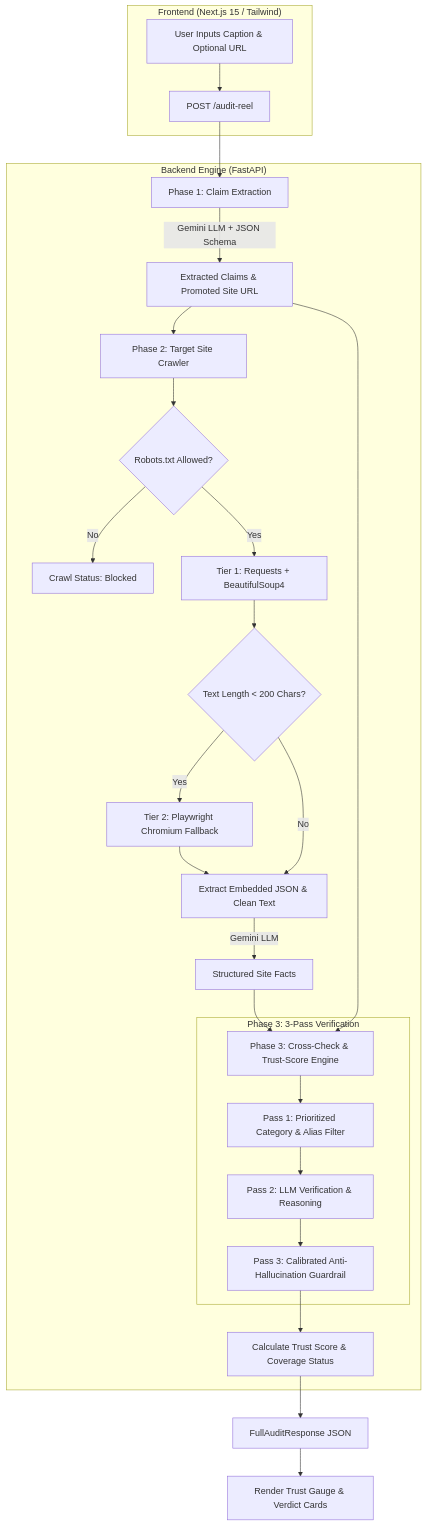
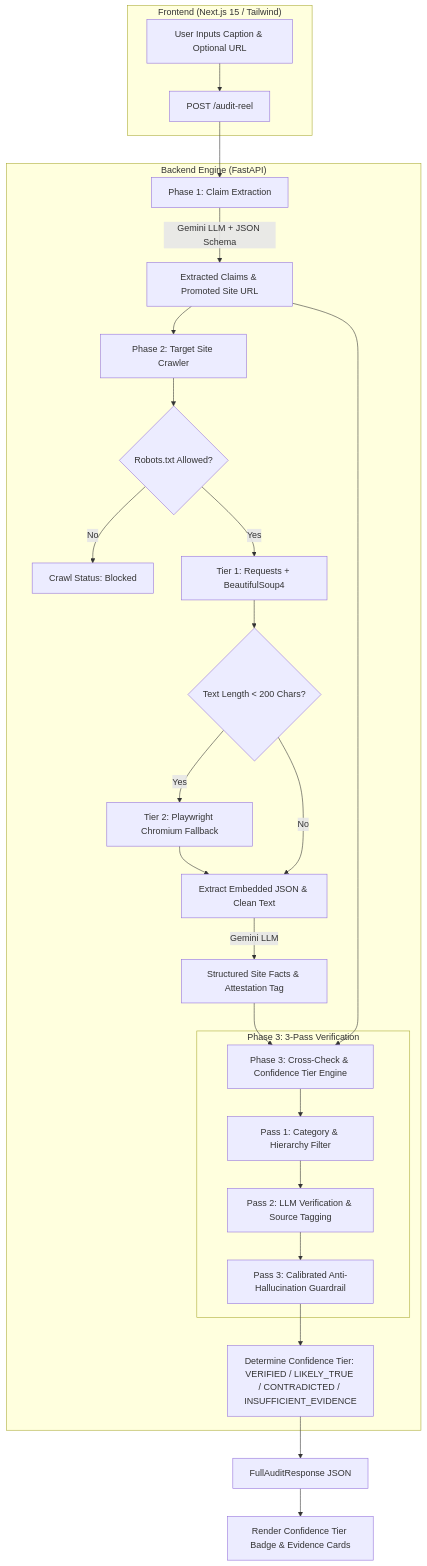
Before and after one commit to SumitMahajan11/ReelClaim: the diagram in README.md, drawn with Mermaid. The commit also changed other lines of this file and 42 other files, not shown here.

````diff
--- a/README.md
+++ b/README.md
@@ -36,36 +68,36 @@
 ```mermaid
 flowchart TD
     subgraph Client ["Frontend (Next.js 15 / Tailwind)"]
         UI[User Inputs Caption & Optional URL] --> API_Req[POST /audit-reel]
     end
 
     subgraph Backend ["Backend Engine (FastAPI)"]
         API_Req --> P1[Phase 1: Claim Extraction]
         P1 -->|Gemini LLM + JSON Schema| Claims[Extracted Claims & Promoted Site URL]
         
         Claims --> P2[Phase 2: Target Site Crawler]
         P2 --> Robots{Robots.txt Allowed?}
         Robots -- No --> Blocked[Crawl Status: Blocked]
         Robots -- Yes --> Tier1[Tier 1: Requests + BeautifulSoup4]
         
         Tier1 --> JS_Check{Text Length < 200 Chars?}
         JS_Check -- Yes --> Tier2[Tier 2: Playwright Chromium Fallback]
         JS_Check -- No --> ExtrFacts[Extract Embedded JSON & Clean Text]
         Tier2 --> ExtrFacts
         
-        ExtrFacts -->|Gemini LLM| SiteFacts[Structured Site Facts]
+        ExtrFacts -->|Gemini LLM| SiteFacts[Structured Site Facts & Attestation Tag]
         
-        Claims & SiteFacts --> P3[Phase 3: Cross-Check & Trust-Score Engine]
+        Claims & SiteFacts --> P3[Phase 3: Cross-Check & Confidence Tier Engine]
         
         subgraph PassEngine ["Phase 3: 3-Pass Verification"]
-            P3 --> Pass1[Pass 1: Prioritized Category & Alias Filter]
-            Pass1 --> Pass2[Pass 2: LLM Verification & Reasoning]
+            P3 --> Pass1[Pass 1: Category & Hierarchy Filter]
+            Pass1 --> Pass2[Pass 2: LLM Verification & Source Tagging]
             Pass2 --> Pass3[Pass 3: Calibrated Anti-Hallucination Guardrail]
         end
         
-        Pass3 --> Score[Calculate Trust Score & Coverage Status]
+        Pass3 --> Score[Determine Confidence Tier: VERIFIED / LIKELY_TRUE / CONTRADICTED / INSUFFICIENT_EVIDENCE]
     end
 
     Score --> Response[FullAuditResponse JSON]
-    Response --> UI_Render[Render Trust Gauge & Verdict Cards]
+    Response --> UI_Render[Render Confidence Tier Badge & Evidence Cards]
 ```
````
